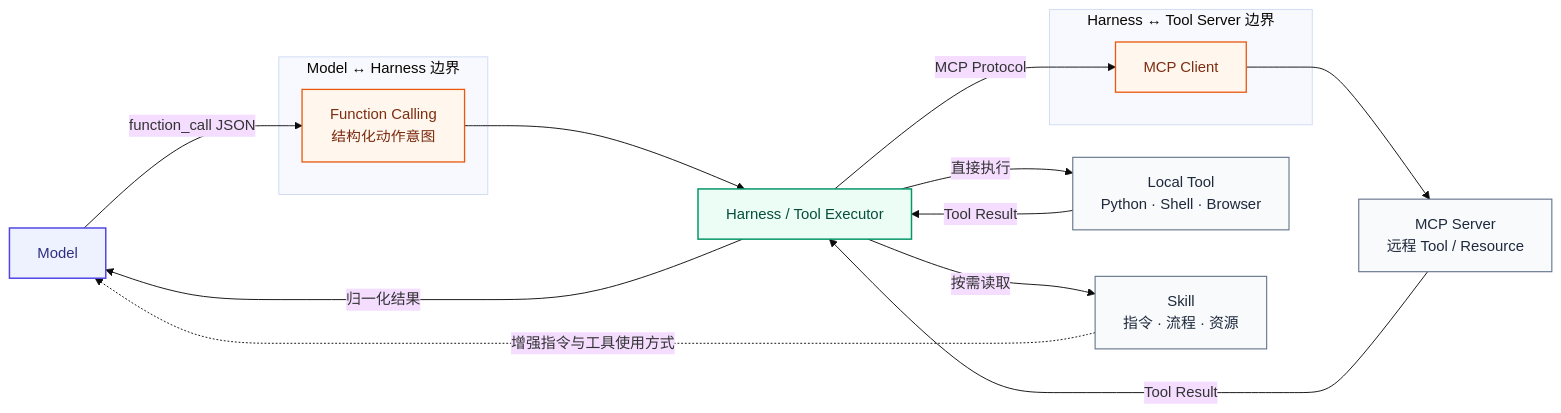
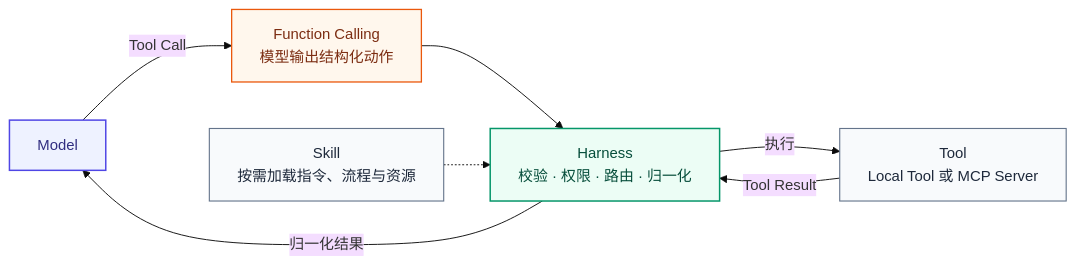
The third of 4 diagrams in AG.md (Kovember/Cool_boy), drawn with Mermaid (base theme) before and after one commit. The commit also changed other lines of this file and 1 other file, not shown here.

Commit message:
docs: refine agent and model serving notes

````diff
--- a/AG.md
+++ b/AG.md
@@ -664,35 +644,22 @@
 ```mermaid
 flowchart LR
     M["Model"]
-    FC["Function Calling<br/>结构化动作意图"]
-    H["Harness / Tool Executor"]
-    LOCAL["Local Tool<br/>Python · Shell · Browser"]
-    MCP["MCP Client"]
-    SERVER["MCP Server<br/>远程 Tool / Resource"]
-    SKILL["Skill<br/>指令 · 流程 · 资源"]
+    FC["Function Calling<br/>模型输出结构化动作"]
+    H["Harness<br/>校验 · 权限 · 路由 · 归一化"]
+    T["Tool<br/>Local Tool 或 MCP Server"]
 
-    M -->|"function_call JSON"| FC --> H
-    H -->|"直接执行"| LOCAL
-    H -->|"MCP Protocol"| MCP --> SERVER
-    H -->|"按需读取"| SKILL
-    SKILL -.->|"增强指令与工具使用方式"| M
-    LOCAL -->|"Tool Result"| H
-    SERVER -->|"Tool Result"| H
-    H -->|"归一化结果"| M
+    M -->|"Tool Call"| FC --> H -->|"执行"| T
+    T -->|"Tool Result"| H -->|"归一化结果"| M
 
-    subgraph B1["Model ↔ Harness 边界"]
-        FC
-    end
-    subgraph B2["Harness ↔ Tool Server 边界"]
-        MCP
-    end
+    SKILL["Skill<br/>按需加载指令、流程与资源"]
+    SKILL -.-> H
 
     classDef model fill:#EEF2FF,stroke:#4F46E5,color:#312E81,stroke-width:1.6px;
     classDef harness fill:#ECFDF5,stroke:#059669,color:#064E3B,stroke-width:1.6px;
     classDef protocol fill:#FFF7ED,stroke:#EA580C,color:#7C2D12,stroke-width:1.4px;
     classDef capability fill:#F8FAFC,stroke:#64748B,color:#1E293B,stroke-width:1.2px;
     class M model;
     class H harness;
-    class FC,MCP protocol;
-    class LOCAL,SERVER,SKILL capability;
+    class FC protocol;
+    class T,SKILL capability;
 ```
````
